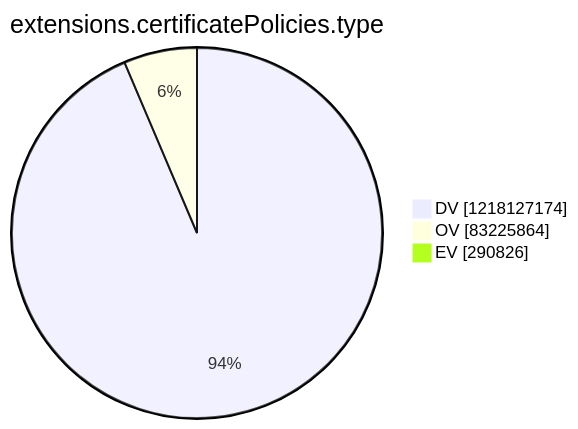
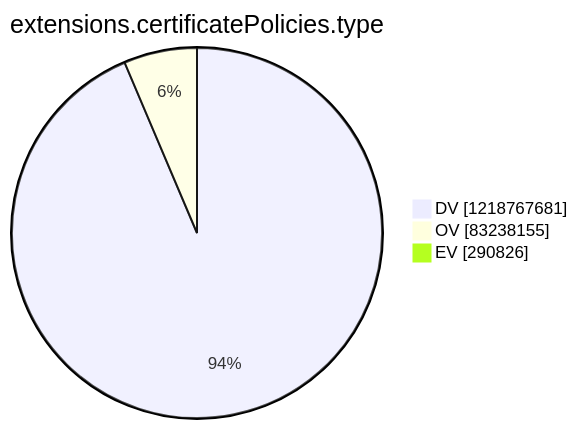
The tenth of 15 diagrams in argon2022/README.md (christiankrug/ctmonitor_visualization), drawn with Mermaid before and after one commit. The commit also changed other lines of this file, not shown here.

````diff
--- a/argon2022/README.md
+++ b/argon2022/README.md
@@ -2769,7 +2769,7 @@
 ```mermaid
 pie showData
 title extensions.certificatePolicies.type
-"DV" :1218127174
-"OV" :83225864
+"DV" :1218767681
+"OV" :83238155
 "EV" :290826
 ```
````
